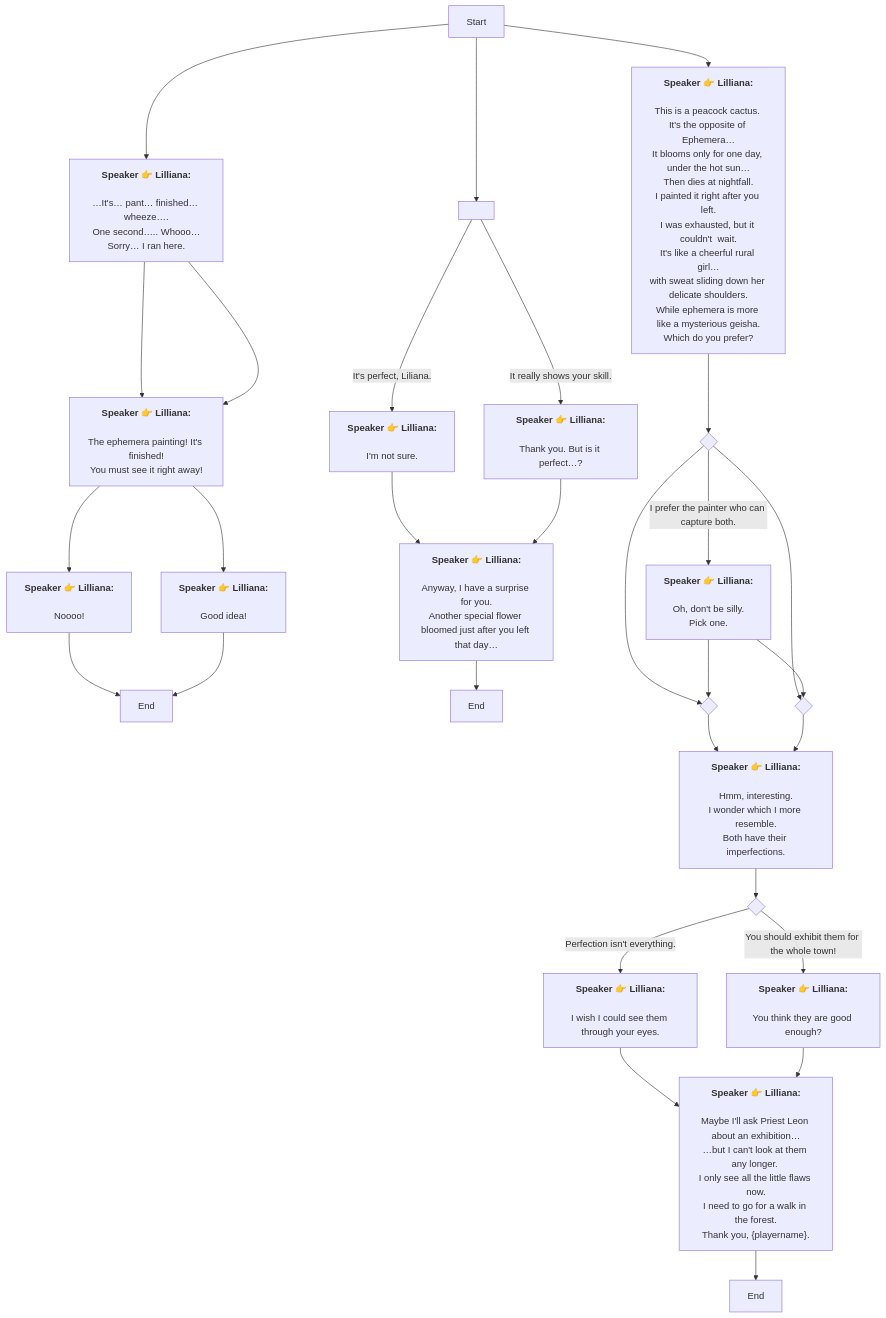
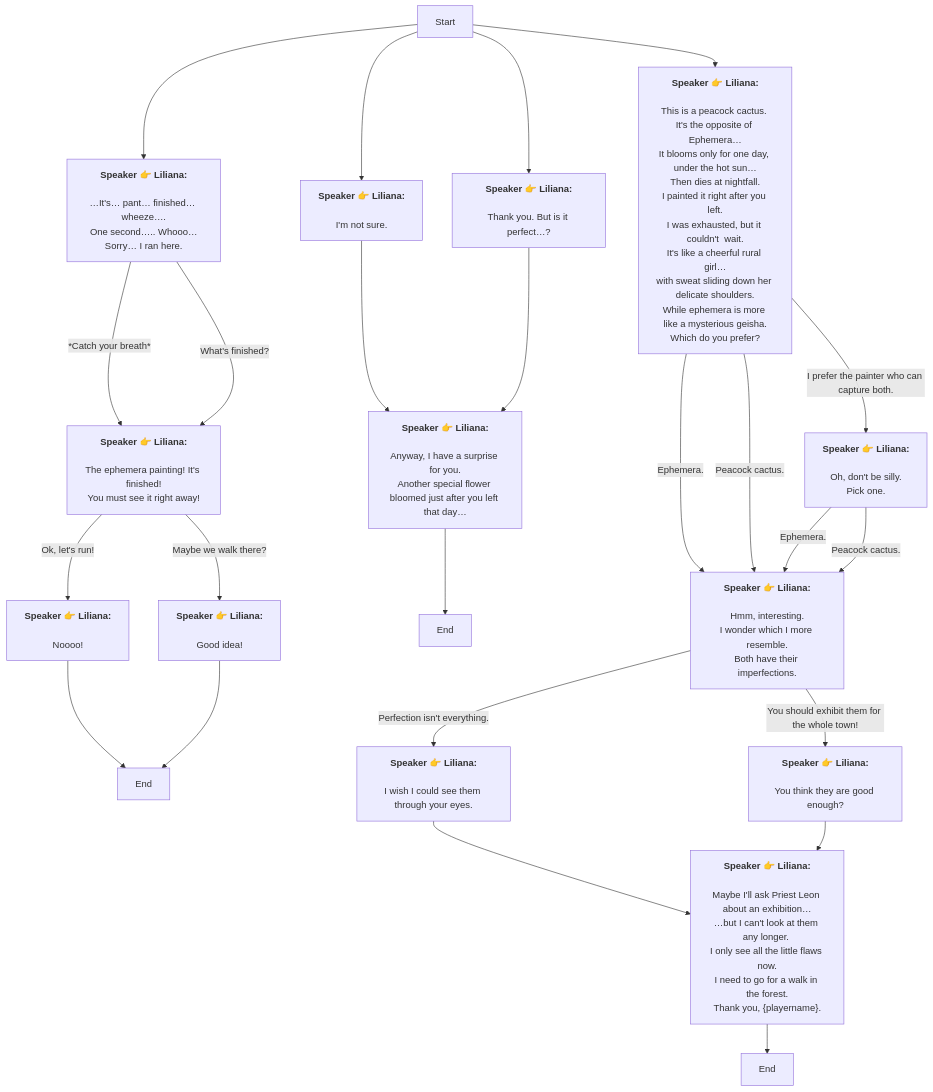
The diagram in En/heart_4_2_4_6.md (SoftHu/tos_avg), drawn with Mermaid before and after one commit. The commit also changed 737 other files, not shown here.

````diff
--- a/En/heart_4_2_4_6.md
+++ b/En/heart_4_2_4_6.md
@@ -1,95 +1,69 @@
 ```mermaid
 graph
-Start -->1768789456595545[<b>Speaker 👉 Lilliana:</b>
-
-…It's… pant… finished… wheeze….
+Start -->1768789456595545[<b>Speaker 👉 Liliana:</b>
+\n…It's… pant… finished… wheeze….
 One second….. Whooo…
 Sorry… I ran here.]
-1768789456595545 -->1768789510087263[<b>Speaker 👉 Lilliana:</b>
-
-The ephemera painting! It's finished!
+1768789456595545 -->|*Catch your breath*|1768789510087263[<b>Speaker 👉 Liliana:</b>
+\nThe ephemera painting! It's finished!
 You must see it right away!]
-1768789456595545 -->1768789510087263[<b>Speaker 👉 Lilliana:</b>
-
-The ephemera painting! It's finished!
+1768789456595545 -->|What's finished?|1768789510087263[<b>Speaker 👉 Liliana:</b>
+\nThe ephemera painting! It's finished!
 You must see it right away!]
-1768789510087263 -->1768789555074661[<b>Speaker 👉 Lilliana:</b>
-
-Noooo!]
-1768789510087263 -->1768789563720294[<b>Speaker 👉 Lilliana:</b>
-
-Good idea!]
+1768789510087263 -->|Ok, let's run!|1768789555074661[<b>Speaker 👉 Liliana:</b>
+\nNoooo!]
+1768789510087263 -->|Maybe we walk there?|1768789563720294[<b>Speaker 👉 Liliana:</b>
+\nGood idea!]
 1768789555074661 -->1768789571012199[End]
 1768789563720294 -->1768789571012199[End]
-Start -->1768789582635629[ ]
-1768789582635629 -->|It's perfect, Liliana.|1768789629735536[<b>Speaker 👉 Lilliana:</b>
-
-I'm not sure.]
-1768789582635629 -->|It really shows your skill.|1768789637396081[<b>Speaker 👉 Lilliana:</b>
-
-Thank you. But is it perfect…?]
-1768789629735536 -->1768789648189042[<b>Speaker 👉 Lilliana:</b>
-
-Anyway, I have a surprise for you.
+Start -->1768789629735536[<b>Speaker 👉 Liliana:</b>
+\nI'm not sure.]
+Start -->1768789637396081[<b>Speaker 👉 Liliana:</b>
+\nThank you. But is it perfect…?]
+1768789629735536 -->1768789648189042[<b>Speaker 👉 Liliana:</b>
+\nAnyway, I have a surprise for you.
 Another special flower bloomed just after you left that day…]
 1768789648189042 -->1768789667948147[End]
-1768789637396081 -->1768789648189042[<b>Speaker 👉 Lilliana:</b>
-
-Anyway, I have a surprise for you.
+1768789637396081 -->1768789648189042[<b>Speaker 👉 Liliana:</b>
+\nAnyway, I have a surprise for you.
 Another special flower bloomed just after you left that day…]
-Start -->1768789682103925[<b>Speaker 👉 Lilliana:</b>
-
-This is a peacock cactus. 
-It's the opposite of Ephemera…
-It blooms only for one day, 
-under the hot sun…
-Then dies at nightfall.
+Start -->1768789682103925[<b>Speaker 👉 Liliana:</b>
+\nThis is a peacock cactus. 
+It's the opposite of Ephemera…\nIt blooms only for one day, 
+under the hot sun…\nThen dies at nightfall.
 I painted it right after you left.
-I was exhausted, but it couldn't  wait.
-It's like a cheerful rural girl…
+I was exhausted, but it couldn't  wait.\nIt's like a cheerful rural girl…
 with sweat sliding down her delicate shoulders.
-While ephemera is more like a mysterious geisha.
-Which do you prefer?]
-1768789682103925 -->1768789752905352{ }
-1768789752905352 -->|I prefer the painter who can capture both.|1768789777376911[<b>Speaker 👉 Lilliana:</b>
-
-Oh, don't be silly. 
+While ephemera is more like a mysterious geisha.\nWhich do you prefer?]
+1768789682103925 -->|I prefer the painter who can capture both.|1768789777376911[<b>Speaker 👉 Liliana:</b>
+\nOh, don't be silly. 
 Pick one.]
-1768789752905352 -->1768789804011159{ }
-1768789752905352 -->1768789837147800{ }
-1768789777376911 -->1768789804011159{ }
-1768789777376911 -->1768789837147800{ }
-1768789804011159 -->1768789854508697[<b>Speaker 👉 Lilliana:</b>
-
-Hmm, interesting.
-I wonder which I more resemble.
+1768789682103925 -->|Ephemera.|1768789854508697[<b>Speaker 👉 Liliana:</b>
+\nHmm, interesting.\nI wonder which I more resemble.
 Both have their imperfections.]
-1768789854508697 -->1768789884488350{ }
-1768789884488350 -->|Perfection isn't everything.|1768789897873055[<b>Speaker 👉 Lilliana:</b>
-
-I wish I could see them through your eyes.]
-1768789884488350 -->|You should exhibit them for the whole town!|1768789909116576[<b>Speaker 👉 Lilliana:</b>
-
-You think they are good enough?]
-1768789897873055 -->1768789917893281[<b>Speaker 👉 Lilliana:</b>
-
-Maybe I'll ask Priest Leon about an exhibition…
+1768789682103925 -->|Peacock cactus.|1768789854508697[<b>Speaker 👉 Liliana:</b>
+\nHmm, interesting.\nI wonder which I more resemble.
+Both have their imperfections.]
+1768789777376911 -->|Ephemera.|1768789854508697[<b>Speaker 👉 Liliana:</b>
+\nHmm, interesting.\nI wonder which I more resemble.
+Both have their imperfections.]
+1768789777376911 -->|Peacock cactus.|1768789854508697[<b>Speaker 👉 Liliana:</b>
+\nHmm, interesting.\nI wonder which I more resemble.
+Both have their imperfections.]
+1768789854508697 -->|Perfection isn't everything.|1768789897873055[<b>Speaker 👉 Liliana:</b>
+\nI wish I could see them through your eyes.]
+1768789854508697 -->|You should exhibit them for the whole town!|1768789909116576[<b>Speaker 👉 Liliana:</b>
+\nYou think they are good enough?]
+1768789897873055 -->1768789917893281[<b>Speaker 👉 Liliana:</b>
+\nMaybe I'll ask Priest Leon about an exhibition…
 …but I can't look at them any longer. 
-I only see all the little flaws now.
-I need to go for a walk in the forest.
+I only see all the little flaws now.\nI need to go for a walk in the forest.
 Thank you, &lbrace;playername&rbrace;.]
 1768789917893281 -->1768789958068898[End]
-1768789909116576 -->1768789917893281[<b>Speaker 👉 Lilliana:</b>
+1768789909116576 -->1768789917893281[<b>Speaker 👉 Liliana:</b>
+\nMaybe I'll ask Priest Leon about an exhibition…
+…but I can't look at them any longer. 
+I only see all the little flaws now.\nI need to go for a walk in the forest.
+Thank you, &lbrace;playername&rbrace;.]
 
-Maybe I'll ask Priest Leon about an exhibition…
-…but I can't look at them any longer. 
-I only see all the little flaws now.
-I need to go for a walk in the forest.
-Thank you, &lbrace;playername&rbrace;.]
-1768789837147800 -->1768789854508697[<b>Speaker 👉 Lilliana:</b>
-
-Hmm, interesting.
-I wonder which I more resemble.
-Both have their imperfections.]
-
- ```
+```
````
